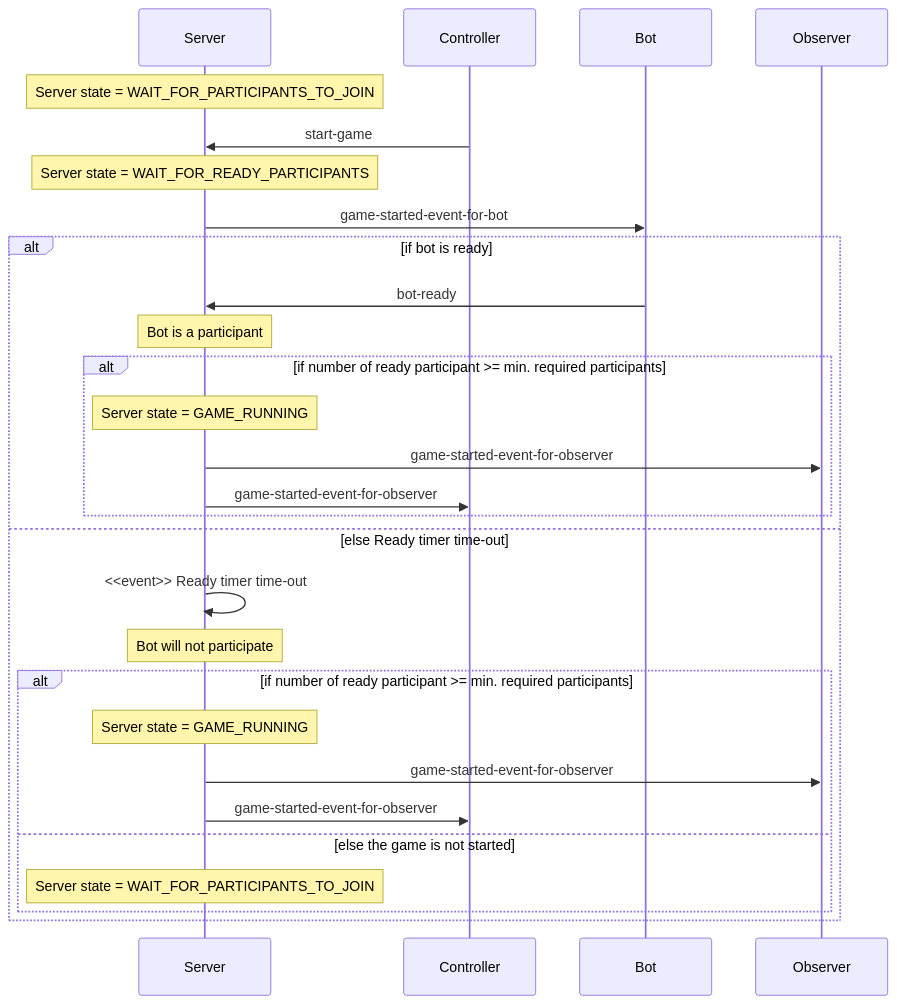
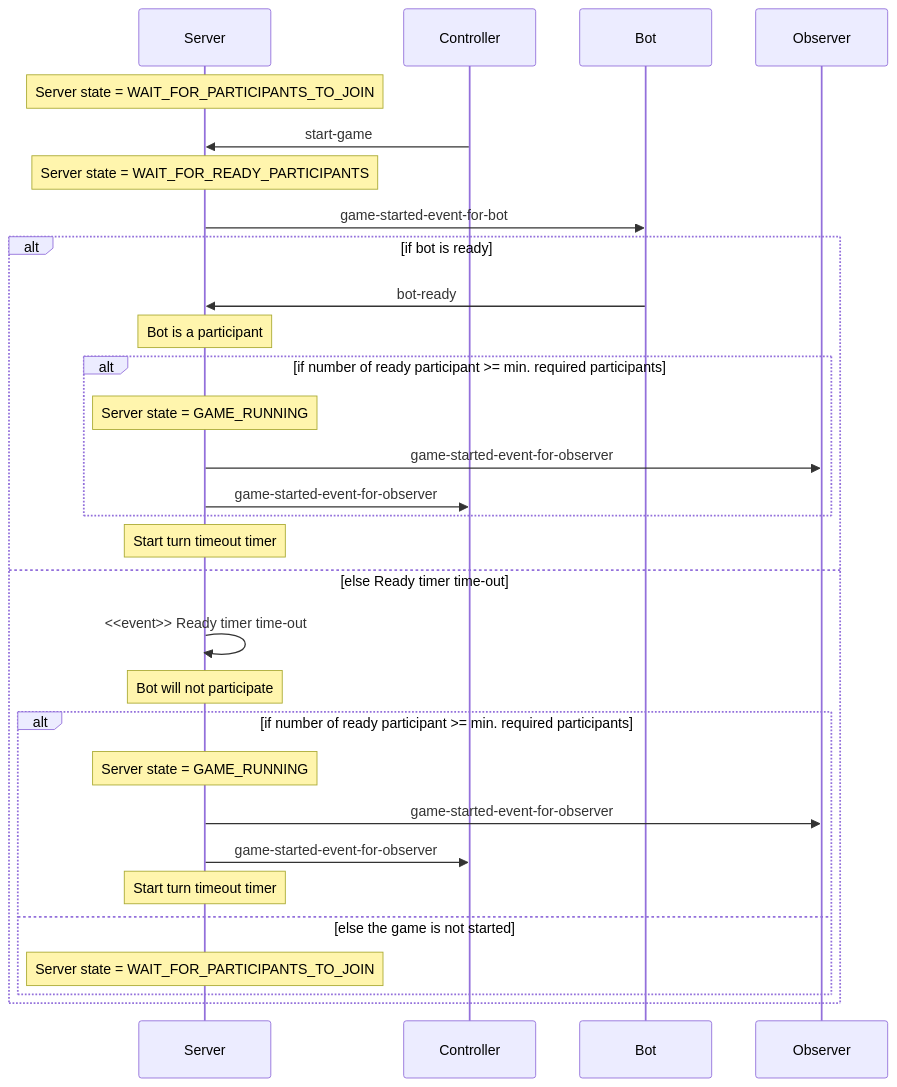
The fifth of 11 diagrams in schema/schemas/README.md (robocode-dev/tank-royale), drawn with Mermaid before and after one commit. The commit also changed other lines of this file, not shown here.

Commit message:
Updated README.md for schemas.

````diff
--- a/schema/schemas/README.md
+++ b/schema/schemas/README.md
@@ -80,26 +98,28 @@
 ```mermaid
 sequenceDiagram
     Note over Server: Server state = WAIT_FOR_PARTICIPANTS_TO_JOIN
     Controller->>Server: start-game
     Note over Server: Server state = WAIT_FOR_READY_PARTICIPANTS
     Server->>Bot: game-started-event-for-bot
     alt if bot is ready
         Bot->>Server: bot-ready
         Note over Server: Bot is a participant
         alt if number of ready participant >= min. required participants
             Note over Server: Server state = GAME_RUNNING
             Server->>Observer: game-started-event-for-observer
             Server->>Controller: game-started-event-for-observer
         end
+        Note over Server: Start turn timeout timer
     else else Ready timer time-out
         Server->>Server: <<event>> Ready timer time-out
         Note over Server: Bot will not participate
         alt if number of ready participant >= min. required participants
             Note over Server: Server state = GAME_RUNNING
             Server->>Observer: game-started-event-for-observer
             Server->>Controller: game-started-event-for-observer
+            Note over Server: Start turn timeout timer
         else else the game is not started
             Note over Server: Server state = WAIT_FOR_PARTICIPANTS_TO_JOIN            
         end
     end
 ```
````
